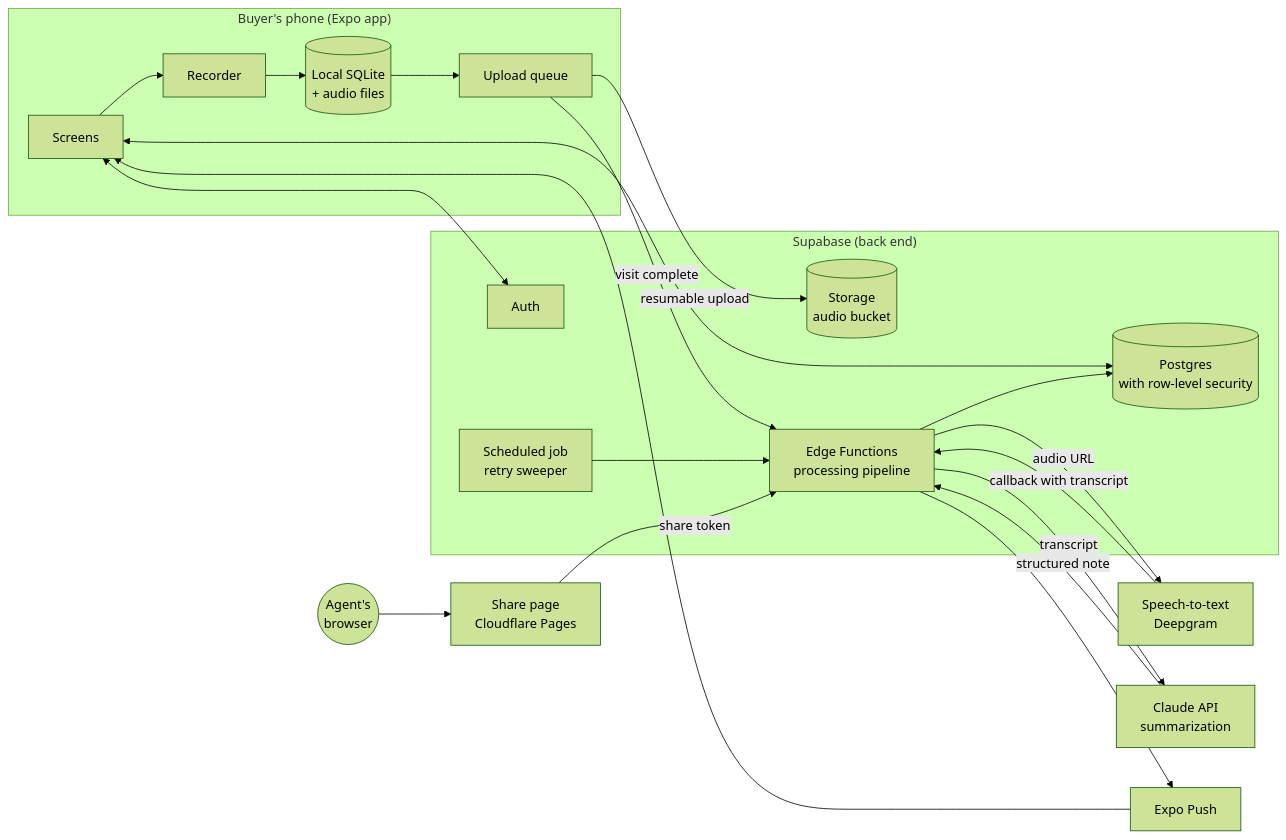
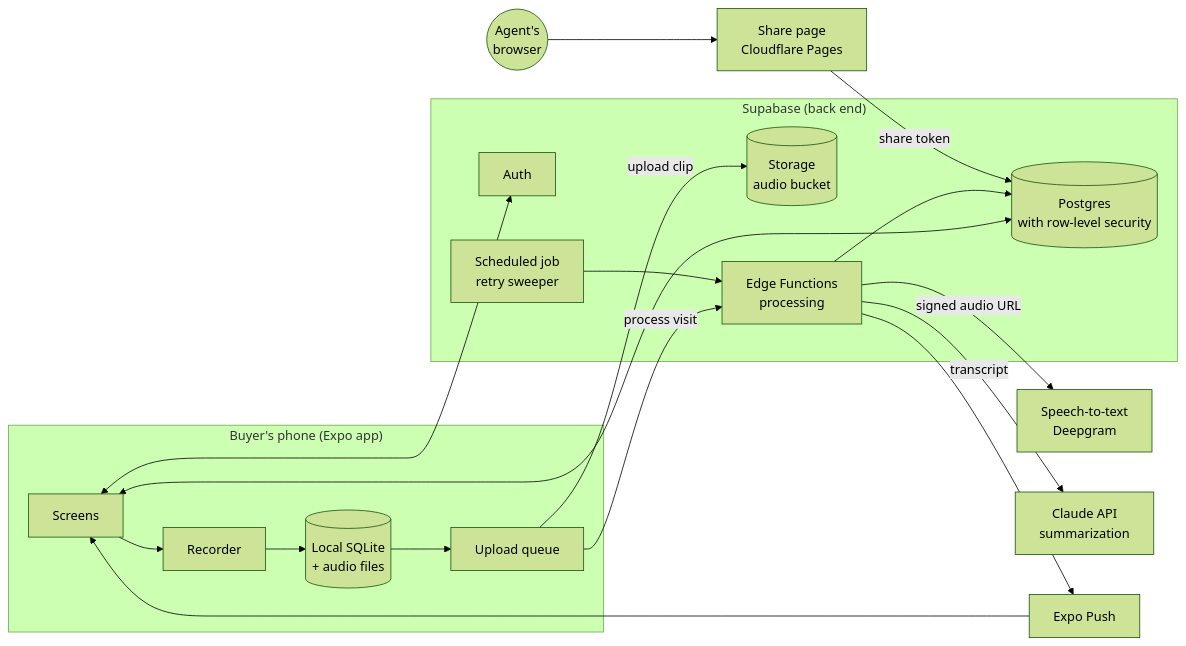
Before and after one commit to shawlu95/nexx_tour_intelligence: the first of 2 diagrams in README.md, drawn with Mermaid (forest theme). The commit also changed other lines of this file, not shown here.

````diff
--- a/README.md
+++ b/README.md
@@ -105,37 +104,35 @@
 ```mermaid
 flowchart LR
   subgraph Phone["Buyer's phone (Expo app)"]
     UI[Screens]
     REC[Recorder]
     LDB[(Local SQLite<br/>+ audio files)]
     Q[Upload queue]
   end
 
   subgraph Supabase["Supabase (back end)"]
     AUTH[Auth]
     DB[(Postgres<br/>with row-level security)]
     ST[(Storage<br/>audio bucket)]
-    FN[Edge Functions<br/>processing pipeline]
+    FN[Edge Functions<br/>processing]
     CRON[Scheduled job<br/>retry sweeper]
   end
 
   STT[Speech-to-text<br/>Deepgram]
   LLM[Claude API<br/>summarization]
   PUSH[Expo Push]
   WEB[Share page<br/>Cloudflare Pages]
   AGENT((Agent's<br/>browser))
 
   UI --> REC --> LDB --> Q
-  Q -- resumable upload --> ST
-  Q -- "visit complete" --> FN
+  Q -- upload clip --> ST
+  Q -- "process visit" --> FN
   UI <--> AUTH
   UI <--> DB
-  FN -- audio URL --> STT
-  STT -- callback with transcript --> FN
+  FN -- signed audio URL --> STT
   FN -- transcript --> LLM
-  LLM -- structured note --> FN
   FN --> DB
   FN --> PUSH --> UI
   CRON --> FN
-  AGENT --> WEB -- share token --> FN
+  AGENT --> WEB -- share token --> DB
 ```
````
